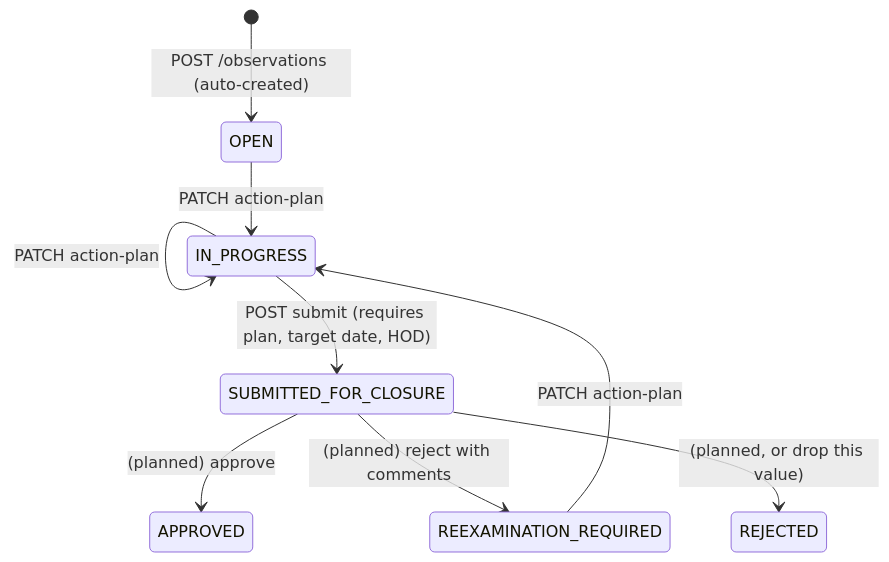
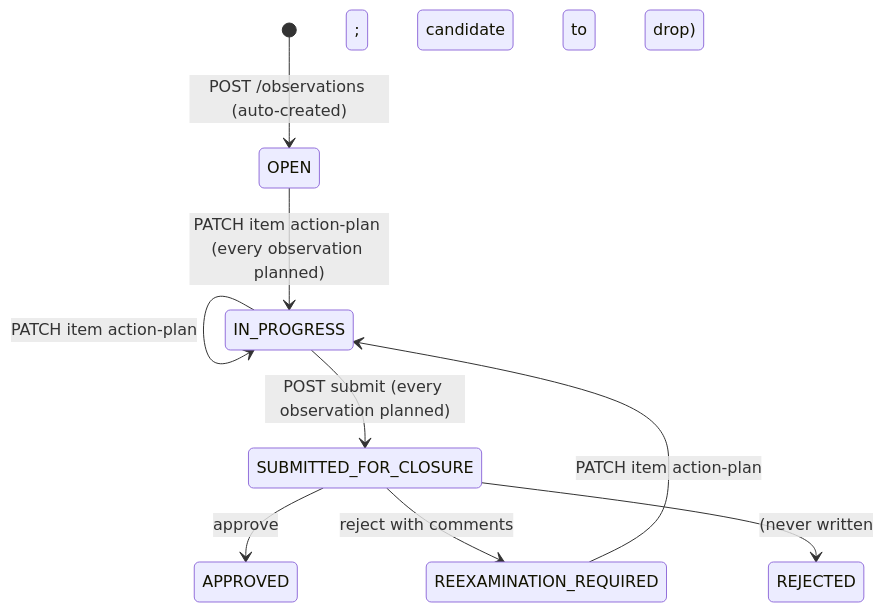
The fourth of 4 diagrams in docs/05-workflows.md (sparshkhurana3/EHS-Inspection-Application), drawn with Mermaid before and after one commit. The commit also changed other lines of this file and 41 other files, not shown here.

````diff
--- a/docs/05-workflows.md
+++ b/docs/05-workflows.md
@@ -78,11 +87,11 @@
 ```mermaid
 stateDiagram-v2
     [*] --> OPEN : POST /observations (auto-created)
-    OPEN --> IN_PROGRESS : PATCH action-plan
-    IN_PROGRESS --> IN_PROGRESS : PATCH action-plan
-    REEXAMINATION_REQUIRED --> IN_PROGRESS : PATCH action-plan
-    IN_PROGRESS --> SUBMITTED_FOR_CLOSURE : POST submit (requires plan, target date, HOD)
-    SUBMITTED_FOR_CLOSURE --> APPROVED : (planned) approve
-    SUBMITTED_FOR_CLOSURE --> REEXAMINATION_REQUIRED : (planned) reject with comments
-    SUBMITTED_FOR_CLOSURE --> REJECTED : (planned, or drop this value)
+    OPEN --> IN_PROGRESS : PATCH item action-plan (every observation planned)
+    IN_PROGRESS --> IN_PROGRESS : PATCH item action-plan
+    REEXAMINATION_REQUIRED --> IN_PROGRESS : PATCH item action-plan
+    IN_PROGRESS --> SUBMITTED_FOR_CLOSURE : POST submit (every observation planned)
+    SUBMITTED_FOR_CLOSURE --> APPROVED : approve
+    SUBMITTED_FOR_CLOSURE --> REEXAMINATION_REQUIRED : reject with comments
+    SUBMITTED_FOR_CLOSURE --> REJECTED : (never written; candidate to drop)
 ```
````
